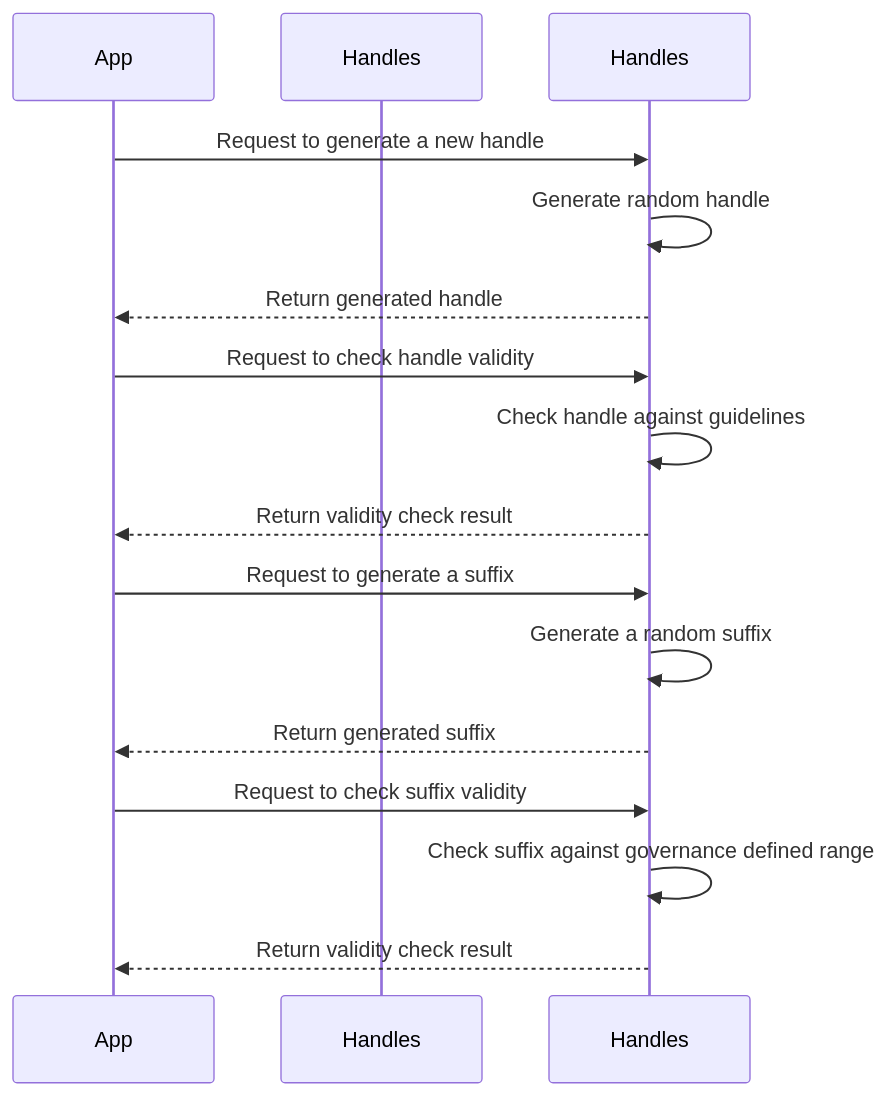
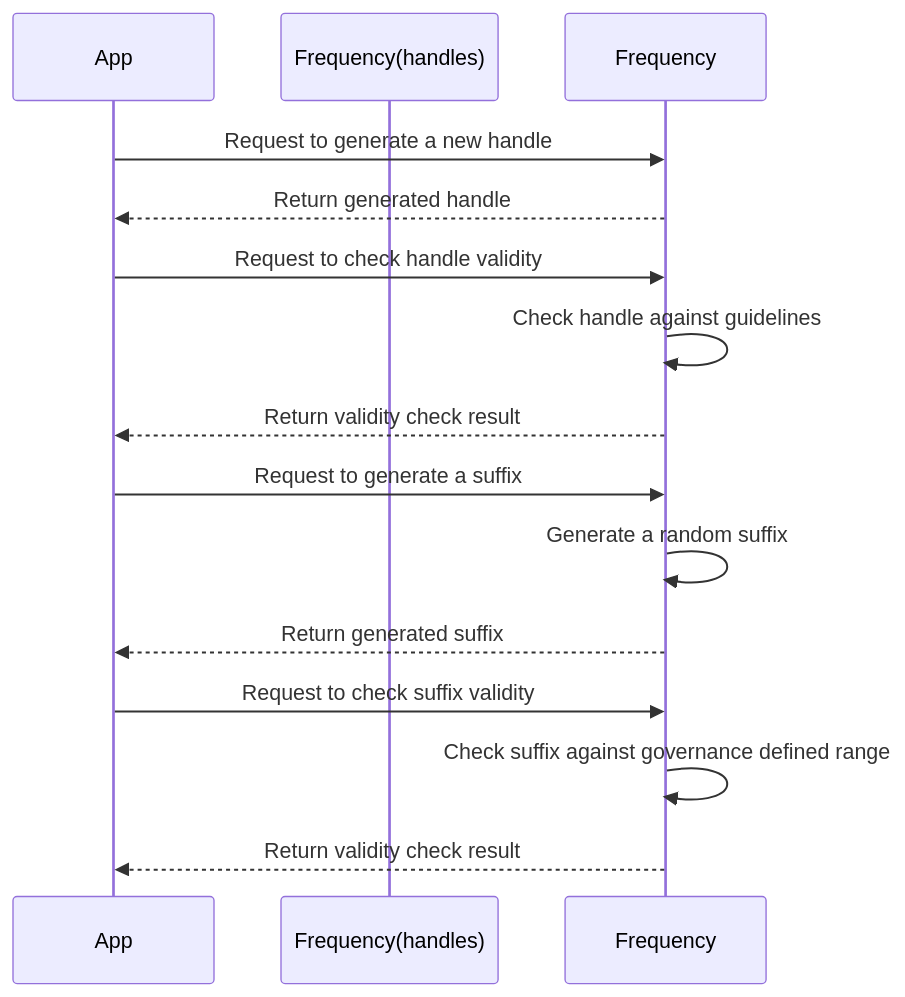
Before and after one commit to frequency-chain/frequency: the second of 2 diagrams in designdocs/user-handles.md, drawn with Mermaid.

Commit message:
simplified crate sequence

````diff
--- a/designdocs/user-handles.md
+++ b/designdocs/user-handles.md
@@ -183,17 +183,16 @@
 ```mermaid
 sequenceDiagram
     participant App
-    participant frequency-handles as Handles
-    App->>Handles: Request to generate a new handle
-    Handles->>Handles: Generate random handle
-    Handles-->>App: Return generated handle
-    App->>Handles: Request to check handle validity
-    Handles->>Handles: Check handle against guidelines
-    Handles-->>App: Return validity check result
-    App->>Handles: Request to generate a suffix
-    Handles->>Handles: Generate a random suffix
-    Handles-->>App: Return generated suffix
-    App->>Handles: Request to check suffix validity
-    Handles->>Handles: Check suffix against governance defined range
-    Handles-->>App: Return validity check result
+    participant frequency-handles as Frequency(handles)
+    App->>Frequency: Request to generate a new handle
+    Frequency-->>App: Return generated handle
+    App->>Frequency: Request to check handle validity
+    Frequency->>Frequency: Check handle against guidelines
+    Frequency-->>App: Return validity check result
+    App->>Frequency: Request to generate a suffix
+    Frequency->>Frequency: Generate a random suffix
+    Frequency-->>App: Return generated suffix
+    App->>Frequency: Request to check suffix validity
+    Frequency->>Frequency: Check suffix against governance defined range
+    Frequency-->>App: Return validity check result
 ```
````
